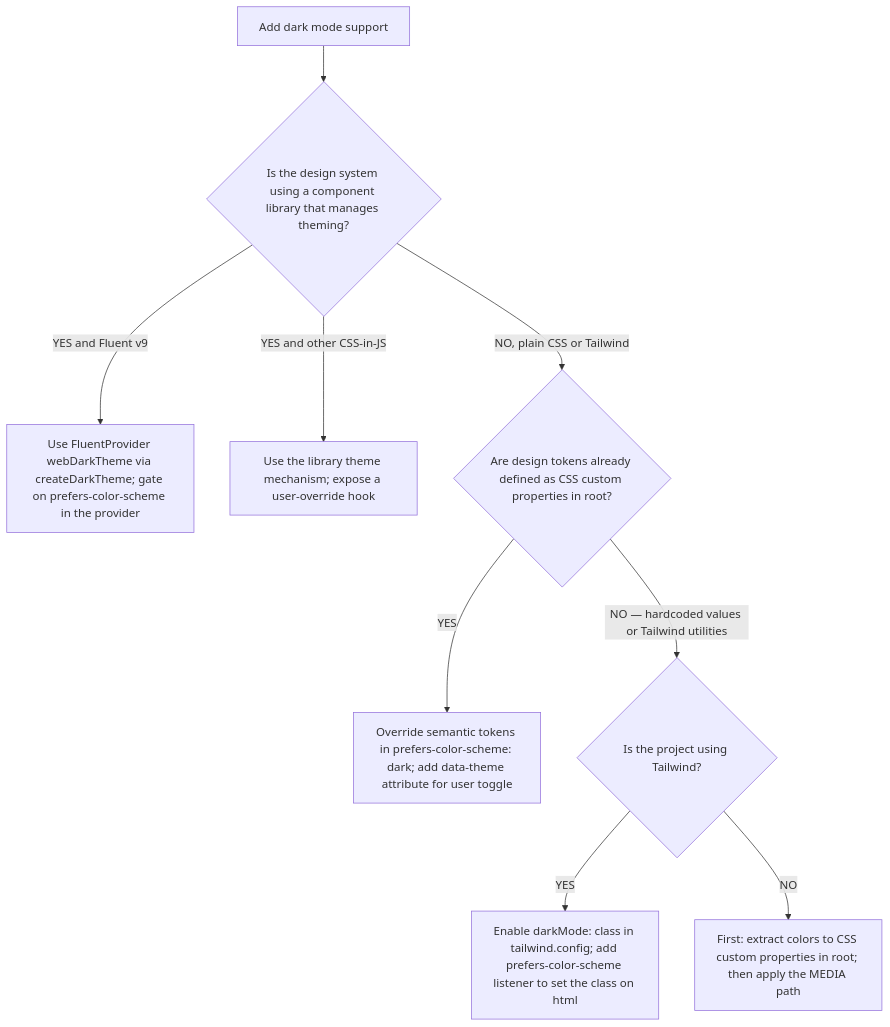
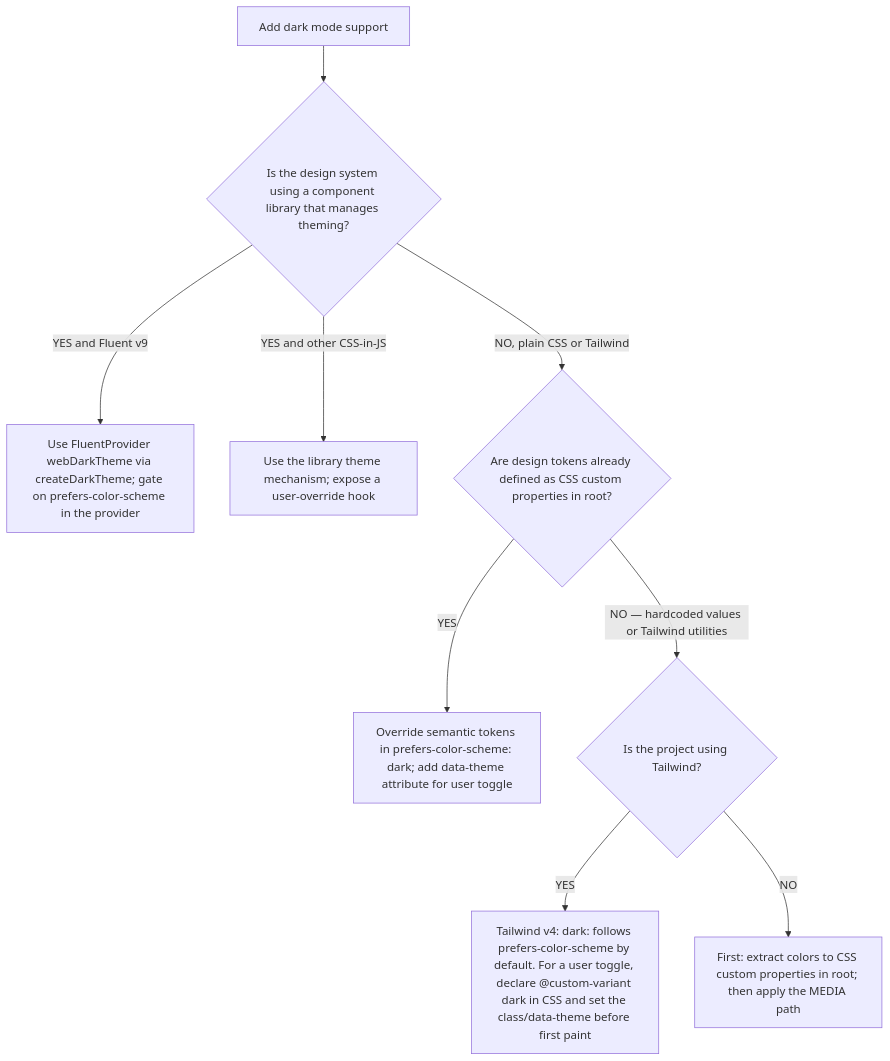
Before and after one commit to mcorbett51090/RavenClaude: diagram 11 of 13 in plugins/web-design/knowledge/web-design-decision-trees.md, drawn with Mermaid. The commit also changed other lines of this file and 22 other files, not shown here.

First line of the commit message:
fix(web-design): Tailwind v4 dark mode, CWV stats, Popover focus, React Router v8, WCAG target-size floor (#1250)

````diff
--- a/plugins/web-design/knowledge/web-design-decision-trees.md
+++ b/plugins/web-design/knowledge/web-design-decision-trees.md
@@ -384,11 +391,11 @@
 ```mermaid
 flowchart TD
     START[Add dark mode support] --> Q1{Is the design system using a component library that manages theming?}
     Q1 -->|YES and Fluent v9| FLUENT[Use FluentProvider webDarkTheme via createDarkTheme; gate on prefers-color-scheme in the provider]
     Q1 -->|YES and other CSS-in-JS| CSSJS[Use the library theme mechanism; expose a user-override hook]
     Q1 -->|NO, plain CSS or Tailwind| Q2{Are design tokens already defined as CSS custom properties in root?}
     Q2 -->|YES| MEDIA[Override semantic tokens in prefers-color-scheme: dark; add data-theme attribute for user toggle]
     Q2 -->|NO — hardcoded values or Tailwind utilities| Q3{Is the project using Tailwind?}
-    Q3 -->|YES| TW[Enable darkMode: class in tailwind.config; add prefers-color-scheme listener to set the class on html]
+    Q3 -->|YES| TW["Tailwind v4: dark: follows prefers-color-scheme by default. For a user toggle, declare @custom-variant dark in CSS and set the class/data-theme before first paint"]
     Q3 -->|NO| TOKENS[First: extract colors to CSS custom properties in root; then apply the MEDIA path]
 ```
````
